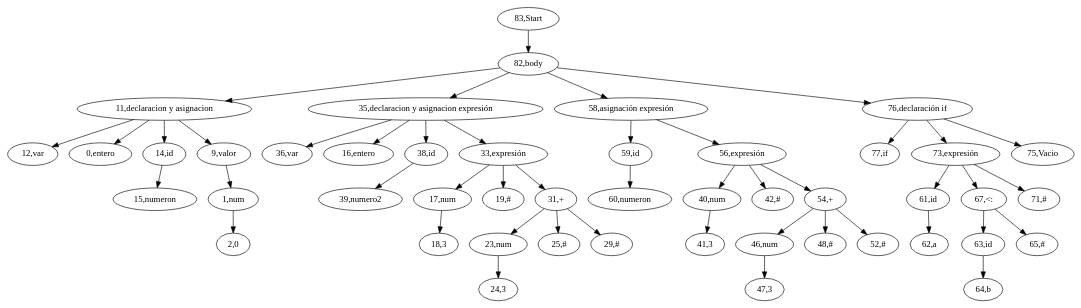
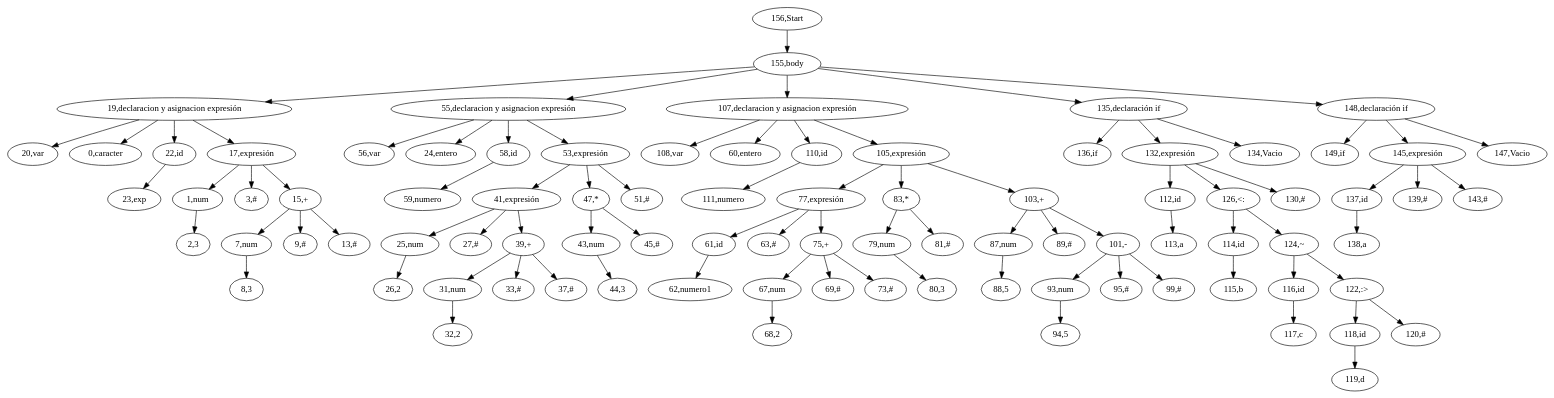
One commit to mata889/Compilacion_Proyect changed the diagram in src/AST/AST.dot. Above: the diagram before and after it, drawn with Graphviz. The commit also changed 4 other files, not shown here.

```diff
--- a/src/AST/AST.dot
+++ b/src/AST/AST.dot
@@ -1,49 +1,91 @@
 digraph {
-"83,Start" -> "82,body";
-"82,body" -> "11,declaracion y asignacion";
-"11,declaracion y asignacion" -> "12,var";
-"11,declaracion y asignacion" -> "0,entero";
-"11,declaracion y asignacion" -> "14,id";
-"14,id" -> "15,numeron";
-"11,declaracion y asignacion" -> "9,valor";
-"9,valor" -> "1,num";
-"1,num" -> "2,0";
-"82,body" -> "35,declaracion y asignacion expresión";
-"35,declaracion y asignacion expresión" -> "36,var";
-"35,declaracion y asignacion expresión" -> "16,entero";
-"35,declaracion y asignacion expresión" -> "38,id";
-"38,id" -> "39,numero2";
-"35,declaracion y asignacion expresión" -> "33,expresión";
-"33,expresión" -> "17,num";
-"17,num" -> "18,3";
-"33,expresión" -> "19,#";
-"33,expresión" -> "31,+";
-"31,+" -> "23,num";
-"23,num" -> "24,3";
-"31,+" -> "25,#";
-"31,+" -> "29,#";
-"82,body" -> "58,asignación expresión";
-"58,asignación expresión" -> "59,id";
-"59,id" -> "60,numeron";
-"58,asignación expresión" -> "56,expresión";
-"56,expresión" -> "40,num";
-"40,num" -> "41,3";
-"56,expresión" -> "42,#";
-"56,expresión" -> "54,+";
-"54,+" -> "46,num";
-"46,num" -> "47,3";
-"54,+" -> "48,#";
-"54,+" -> "52,#";
-"82,body" -> "76,declaración if";
-"76,declaración if" -> "77,if";
-"76,declaración if" -> "73,expresión";
-"73,expresión" -> "61,id";
-"61,id" -> "62,a";
-"73,expresión" -> "67,<:";
-"67,<:" -> "63,id";
-"63,id" -> "64,b";
-"67,<:" -> "65,#";
-"73,expresión" -> "71,#";
-"76,declaración if" -> "75,Vacio";
+"156,Start" -> "155,body";
+"155,body" -> "19,declaracion y asignacion expresión";
+"19,declaracion y asignacion expresión" -> "20,var";
+"19,declaracion y asignacion expresión" -> "0,caracter";
+"19,declaracion y asignacion expresión" -> "22,id";
+"22,id" -> "23,exp";
+"19,declaracion y asignacion expresión" -> "17,expresión";
+"17,expresión" -> "1,num";
+"1,num" -> "2,3";
+"17,expresión" -> "3,#";
+"17,expresión" -> "15,+";
+"15,+" -> "7,num";
+"7,num" -> "8,3";
+"15,+" -> "9,#";
+"15,+" -> "13,#";
+"155,body" -> "55,declaracion y asignacion expresión";
+"55,declaracion y asignacion expresión" -> "56,var";
+"55,declaracion y asignacion expresión" -> "24,entero";
+"55,declaracion y asignacion expresión" -> "58,id";
+"58,id" -> "59,numero";
+"55,declaracion y asignacion expresión" -> "53,expresión";
+"53,expresión" -> "41,expresión";
+"41,expresión" -> "25,num";
+"25,num" -> "26,2";
+"41,expresión" -> "27,#";
+"41,expresión" -> "39,+";
+"39,+" -> "31,num";
+"31,num" -> "32,2";
+"39,+" -> "33,#";
+"39,+" -> "37,#";
+"53,expresión" -> "47,*";
+"47,*" -> "43,num";
+"43,num" -> "44,3";
+"47,*" -> "45,#";
+"53,expresión" -> "51,#";
+"155,body" -> "107,declaracion y asignacion expresión";
+"107,declaracion y asignacion expresión" -> "108,var";
+"107,declaracion y asignacion expresión" -> "60,entero";
+"107,declaracion y asignacion expresión" -> "110,id";
+"110,id" -> "111,numero";
+"107,declaracion y asignacion expresión" -> "105,expresión";
+"105,expresión" -> "77,expresión";
+"77,expresión" -> "61,id";
+"61,id" -> "62,numero1";
+"77,expresión" -> "63,#";
+"77,expresión" -> "75,+";
+"75,+" -> "67,num";
+"67,num" -> "68,2";
+"75,+" -> "69,#";
+"75,+" -> "73,#";
+"105,expresión" -> "83,*";
+"83,*" -> "79,num";
+"79,num" -> "80,3";
+"83,*" -> "81,#";
+"105,expresión" -> "103,+";
+"103,+" -> "87,num";
+"87,num" -> "88,5";
+"103,+" -> "89,#";
+"103,+" -> "101,-";
+"101,-" -> "93,num";
+"93,num" -> "94,5";
+"101,-" -> "95,#";
+"101,-" -> "99,#";
+"155,body" -> "135,declaración if";
+"135,declaración if" -> "136,if";
+"135,declaración if" -> "132,expresión";
+"132,expresión" -> "112,id";
+"112,id" -> "113,a";
+"132,expresión" -> "126,<:";
+"126,<:" -> "114,id";
+"114,id" -> "115,b";
+"126,<:" -> "124,~";
+"124,~" -> "116,id";
+"116,id" -> "117,c";
+"124,~" -> "122,:>";
+"122,:>" -> "118,id";
+"118,id" -> "119,d";
+"122,:>" -> "120,#";
+"132,expresión" -> "130,#";
+"135,declaración if" -> "134,Vacio";
+"155,body" -> "148,declaración if";
+"148,declaración if" -> "149,if";
+"148,declaración if" -> "145,expresión";
+"145,expresión" -> "137,id";
+"137,id" -> "138,a";
+"145,expresión" -> "139,#";
+"145,expresión" -> "143,#";
+"148,declaración if" -> "147,Vacio";
 
 }
```
